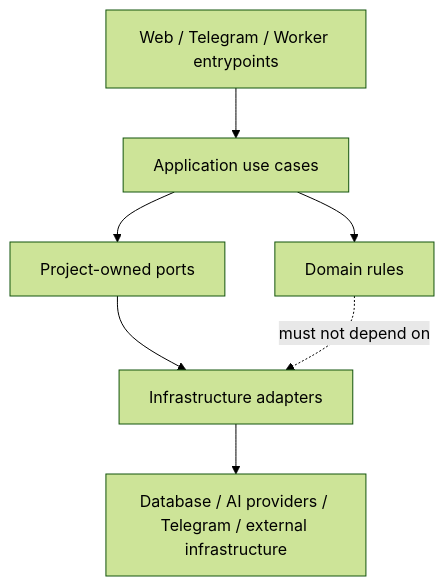
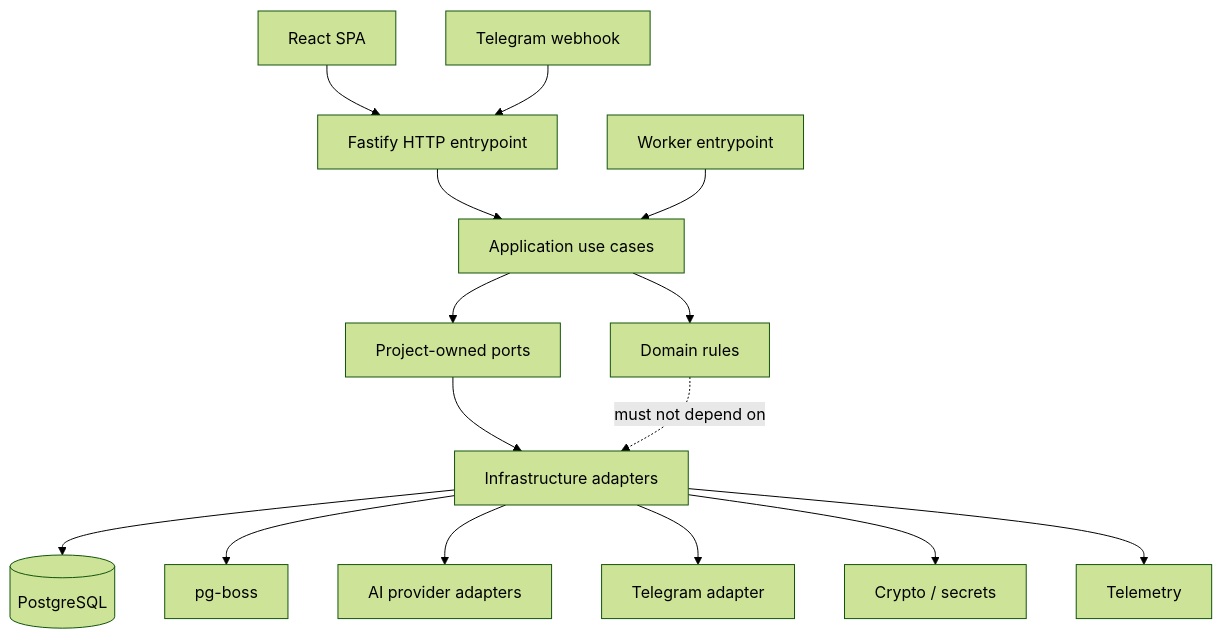
One commit to Okhunboboyev-Zubaydulla/mahalla-ovozi-new changed the first of 2 diagrams in _bmad-output/planning-artifacts/architecture/architecture-Mahalla-Ovozi-2026-08-12/ARCHITECTURE-SPINE.md. Above: the diagram before and after it, drawn with Mermaid (forest theme). The commit also changed other lines of this file, not shown here.

Commit message:
docs(architecture): finalize Mahalla Ovozi spine

````diff
--- a/_bmad-output/planning-artifacts/architecture/architecture-Mahalla-Ovozi-2026-08-12/ARCHITECTURE-SPINE.md
+++ b/_bmad-output/planning-artifacts/architecture/architecture-Mahalla-Ovozi-2026-08-12/ARCHITECTURE-SPINE.md
@@ -29,9 +29,17 @@
 ```mermaid
 flowchart TD
-    T[Web / Telegram / Worker entrypoints] --> A[Application use cases]
-    A --> D[Domain rules]
-    A --> P[Project-owned ports]
-    P --> I[Infrastructure adapters]
-    I --> X[Database / AI providers / Telegram / external infrastructure]
-    D -. must not depend on .-> I
+    WEB[React SPA] --> HTTP[Fastify HTTP entrypoint]
+    TG[Telegram webhook] --> HTTP
+    HTTP --> APP[Application use cases]
+    WORKER[Worker entrypoint] --> APP
+    APP --> DOMAIN[Domain rules]
+    APP --> PORTS[Project-owned ports]
+    PORTS --> ADAPTERS[Infrastructure adapters]
+    ADAPTERS --> PG[(PostgreSQL)]
+    ADAPTERS --> JOBS[pg-boss]
+    ADAPTERS --> AI[AI provider adapters]
+    ADAPTERS --> TELEGRAM[Telegram adapter]
+    ADAPTERS --> CRYPTO[Crypto / secrets]
+    ADAPTERS --> TELEMETRY[Telemetry]
+    DOMAIN -. must not depend on .-> ADAPTERS
 ```
````
